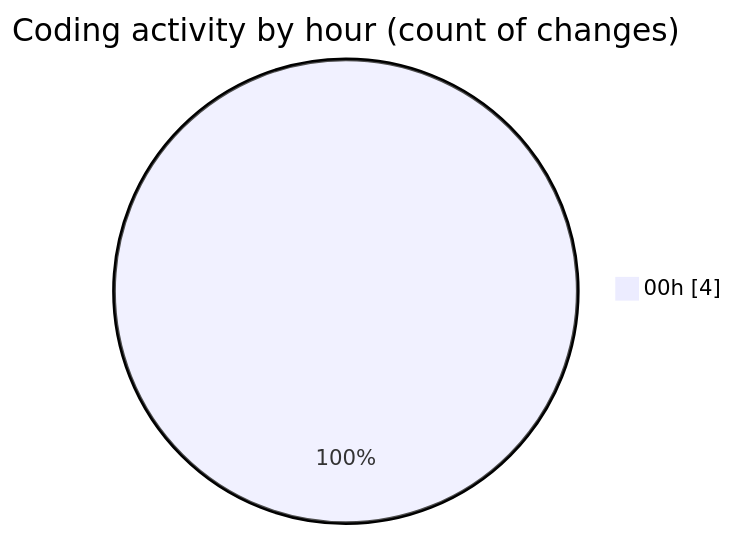
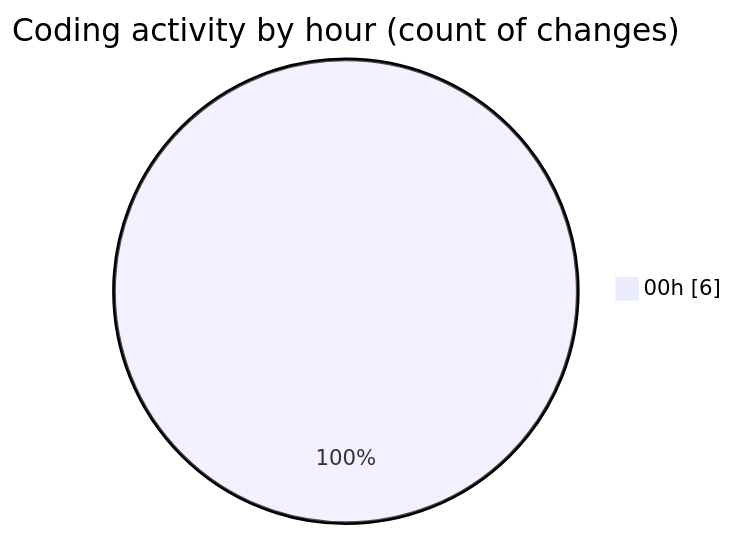
The second of 2 diagrams in 2024-12-30/my-code-activity-ext/README.md (ernivani/code-tracking), drawn with Mermaid before and after one commit. The commit also changed other lines of this file and 1 other file, not shown here.

````diff
--- a/2024-12-30/my-code-activity-ext/README.md
+++ b/2024-12-30/my-code-activity-ext/README.md
@@ -29,5 +32,5 @@
 ```mermaid
 pie showData
 title Coding activity by hour (count of changes)
-"00h" : 4
+"00h" : 6
 ```
````
